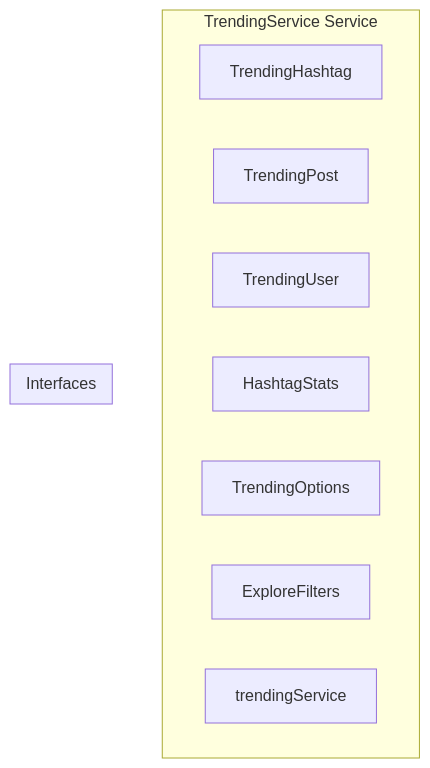
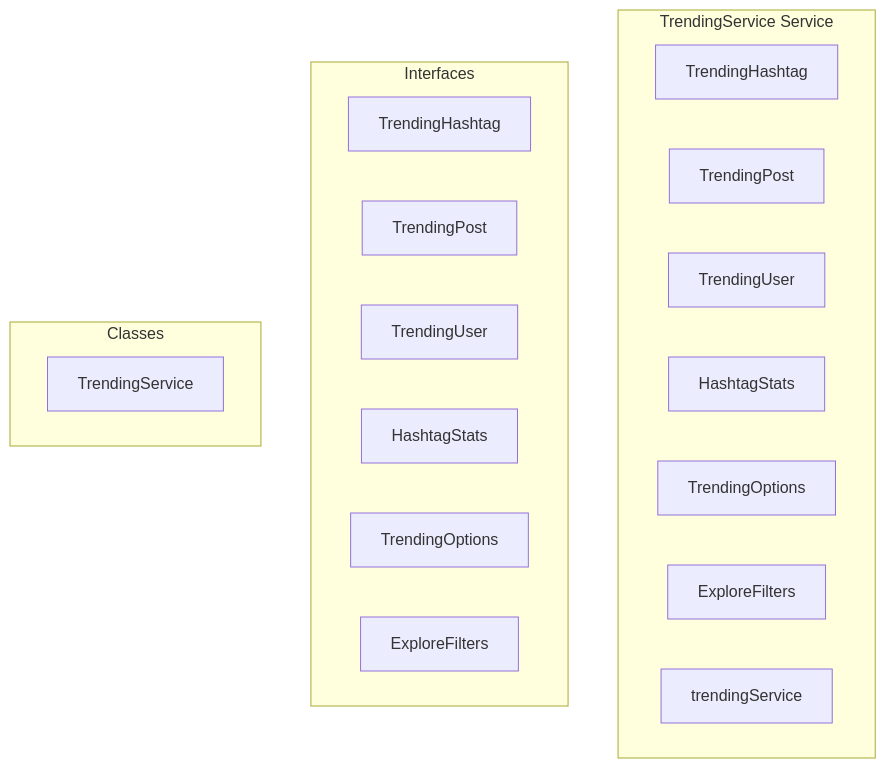
One commit to y4my4my4m/harmony changed the diagram in docs/api/services/trendingservice.md. Above: the diagram before and after it, drawn with Mermaid. The commit also changed other lines of this file and 350 other files, not shown here.

````diff
--- a/docs/api/services/trendingservice.md
+++ b/docs/api/services/trendingservice.md
@@ -7,23 +7,25 @@
 ```mermaid
 graph TB
     subgraph "TrendingService Service"
         TRENDINGHASHTAG[TrendingHashtag]
         TRENDINGPOST[TrendingPost]
         TRENDINGUSER[TrendingUser]
         HASHTAGSTATS[HashtagStats]
         TRENDINGOPTIONS[TrendingOptions]
         EXPLOREFILTERS[ExploreFilters]
         TRENDINGSERVICE[trendingService]
     end
     
+    subgraph "Interfaces"
+        INT_TRENDINGHASHTAG[TrendingHashtag]
+        INT_TRENDINGPOST[TrendingPost]
+        INT_TRENDINGUSER[TrendingUser]
+        INT_HASHTAGSTATS[HashtagStats]
+        INT_TRENDINGOPTIONS[TrendingOptions]
+        INT_EXPLOREFILTERS[ExploreFilters]
+    end
     
-    
-    subgraph "Interfaces"
-        TRENDINGHASHTAG[TrendingHashtag]
-        TRENDINGPOST[TrendingPost]
-        TRENDINGUSER[TrendingUser]
-        HASHTAGSTATS[HashtagStats]
-        TRENDINGOPTIONS[TrendingOptions]
-        EXPLOREFILTERS[ExploreFilters]
+    subgraph "Classes"
+        CLS_TRENDINGSERVICE[TrendingService]
     end
 ```
````
